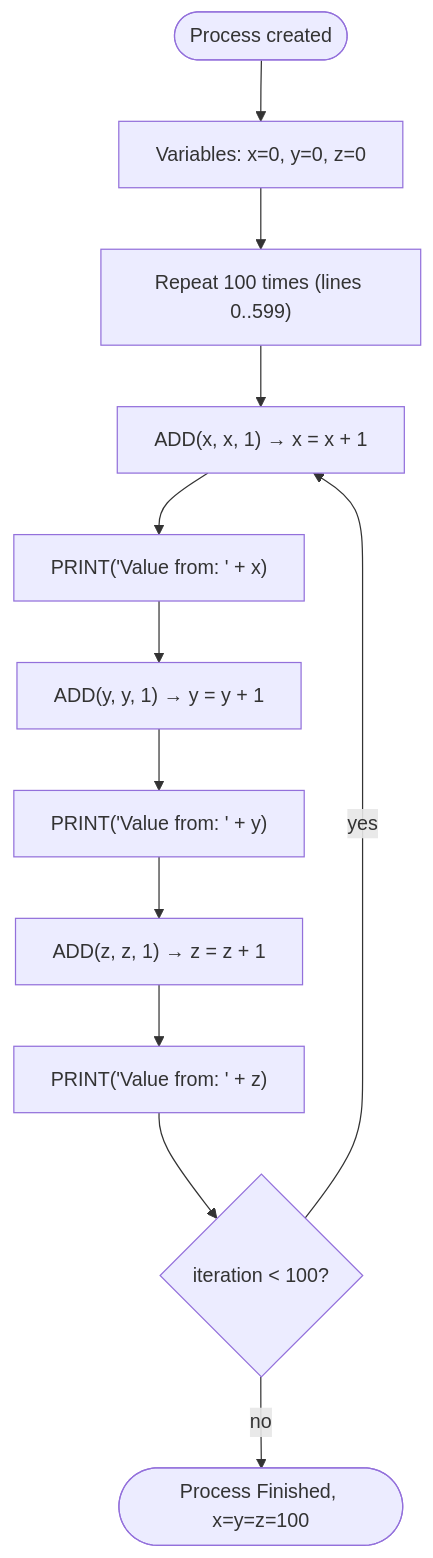
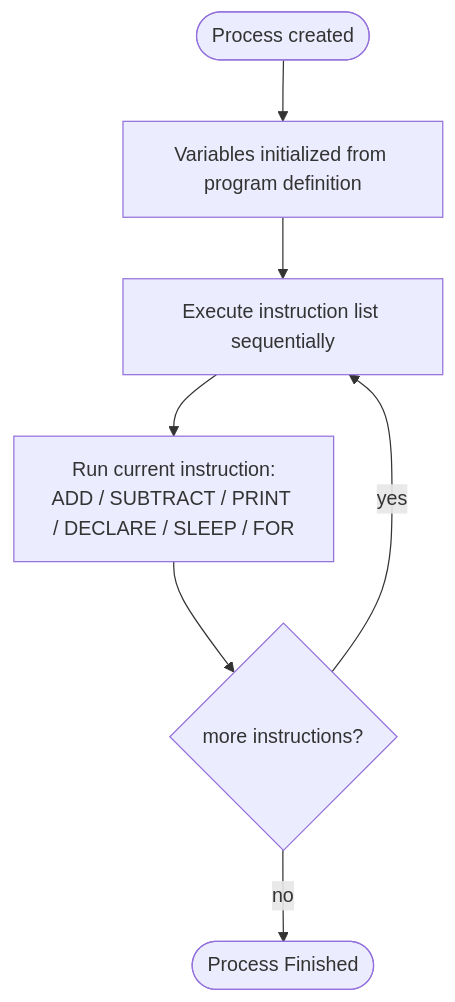
One commit to JeyyM/csopesy-mp1 changed the third of 4 diagrams in diagrams/E_process_representation.md. Above: the diagram before and after it, drawn with Mermaid. The commit also changed other lines of this file and 17 other files, not shown here.

````diff
--- a/diagrams/E_process_representation.md
+++ b/diagrams/E_process_representation.md
@@ -89,14 +91,9 @@
 ```mermaid
 flowchart TD
-    START([Process created]) --> VARS[Variables: x=0, y=0, z=0]
-    VARS --> LOOP["Repeat 100 times (lines 0..599)"]
-    LOOP --> S1["ADD(x, x, 1)  →  x = x + 1"]
-    S1 --> S2["PRINT('Value from: ' + x)"]
-    S2 --> S3["ADD(y, y, 1)  →  y = y + 1"]
-    S3 --> S4["PRINT('Value from: ' + y)"]
-    S4 --> S5["ADD(z, z, 1)  →  z = z + 1"]
-    S5 --> S6["PRINT('Value from: ' + z)"]
-    S6 --> MORE{iteration < 100?}
-    MORE -- yes --> S1
-    MORE -- no --> DONE([Process Finished, x=y=z=100])
+    START([Process created]) --> VARS[Variables initialized from program definition]
+    VARS --> LOOP["Execute instruction list sequentially"]
+    LOOP --> INST["Run current instruction:\nADD / SUBTRACT / PRINT / DECLARE / SLEEP / FOR"]
+    INST --> MORE{more instructions?}
+    MORE -- yes --> LOOP
+    MORE -- no --> DONE([Process Finished])
 ```
````
